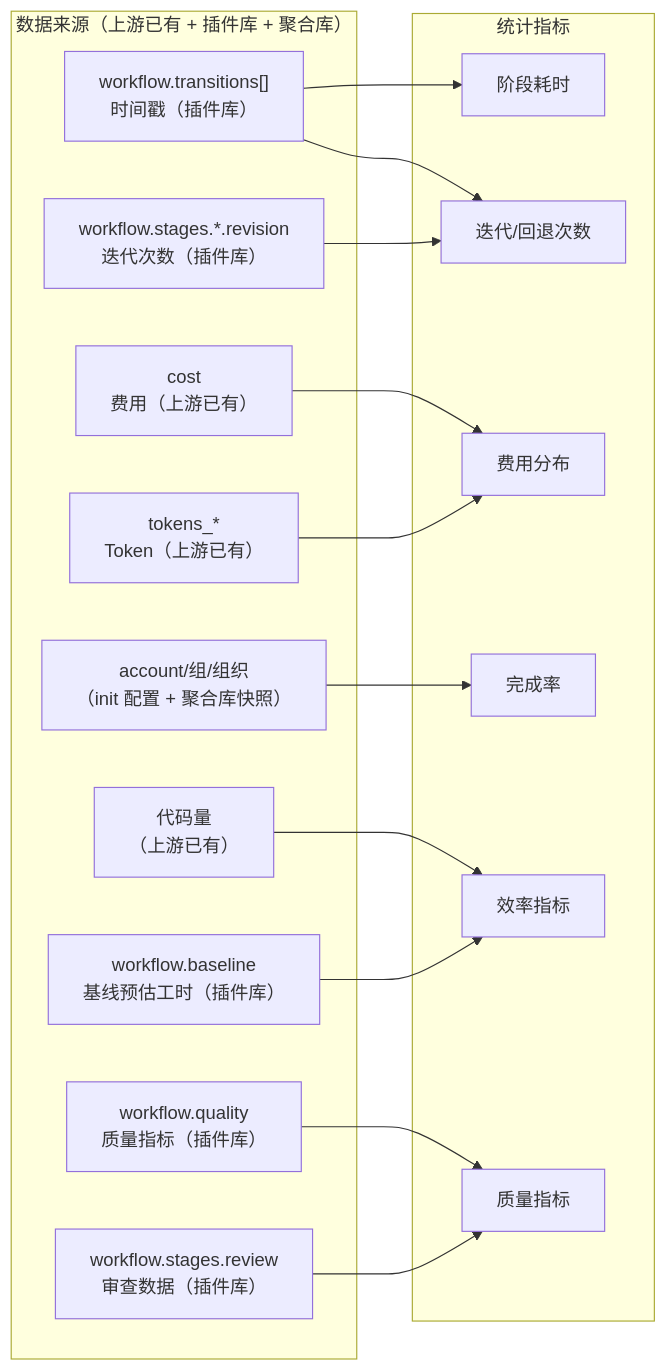
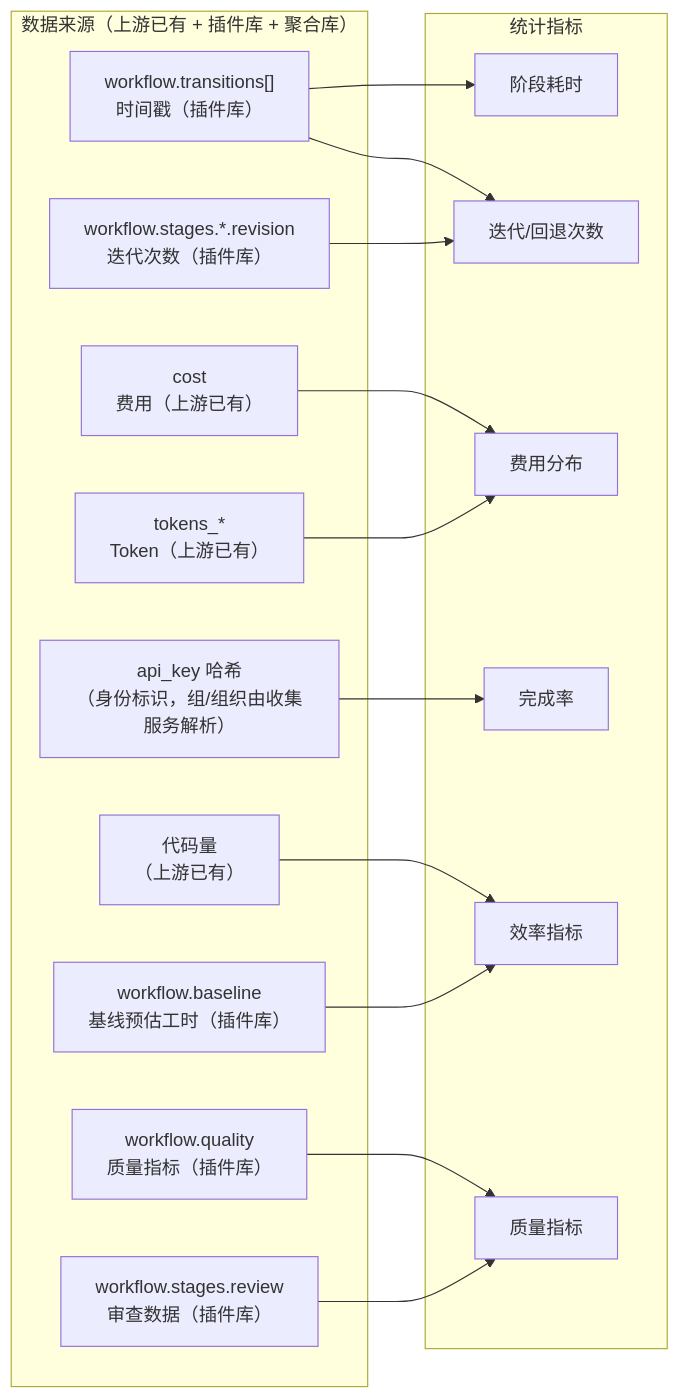
One commit to wonglaitung/opencode changed diagram 13 of 16 in opencode-session-mgmt/docs/session-management.md. Above: the diagram before and after it, drawn with Mermaid. The commit also changed other lines of this file and 37 other files, not shown here.

First line of the commit message:
refactor(session-mgmt): identify by api_key hash, retire in-repo collector

````diff
--- a/opencode-session-mgmt/docs/session-management.md
+++ b/opencode-session-mgmt/docs/session-management.md
@@ -989,34 +974,34 @@
 ```mermaid
 graph LR
     subgraph Source["数据来源（上游已有 + 插件库 + 聚合库）"]
         WF["workflow.transitions[]<br/>时间戳（插件库）"]
         REV["workflow.stages.*.revision<br/>迭代次数（插件库）"]
         COST["cost<br/>费用（上游已有）"]
         TOK["tokens_*<br/>Token（上游已有）"]
         DIFF["代码量<br/>（上游已有）"]
-        ACCT["account/组/组织<br/>（init 配置 + 聚合库快照）"]
+        ACCT["api_key 哈希<br/>（身份标识，组/组织由收集服务解析）"]
         QM["workflow.quality<br/>质量指标（插件库）"]
         RV["workflow.stages.review<br/>审查数据（插件库）"]
         BL["workflow.baseline<br/>基线预估工时（插件库）"]
     end
 
     subgraph Metrics["统计指标"]
         M1["阶段耗时"]
         M2["迭代/回退次数"]
         M3["费用分布"]
         M4["完成率"]
         M5["效率指标"]
         M6["质量指标"]
     end
 
     WF --> M1
     WF --> M2
     REV --> M2
     COST --> M3
     TOK --> M3
     DIFF --> M5
     BL --> M5
     ACCT --> M4
     QM --> M6
     RV --> M6
 ```
````
